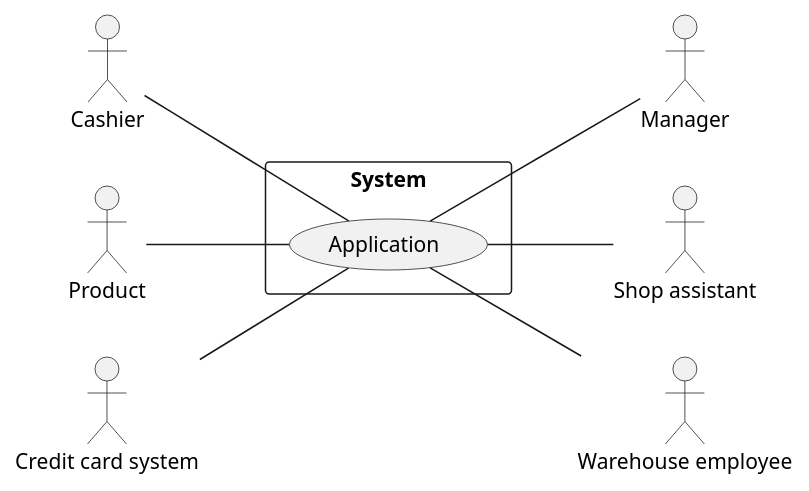
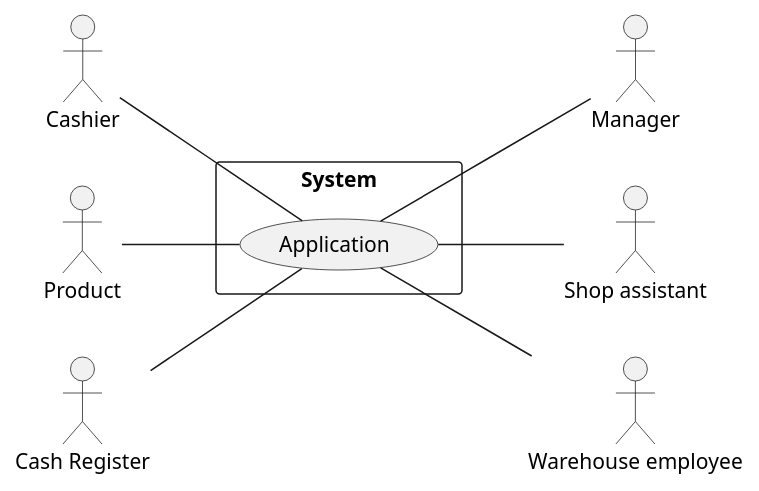
Before and after one commit to marco-ballario/EzShop: the first of 3 diagrams in Deliverables/RequirementsDocument.md, drawn with PlantUML. The commit also changed other lines of this file, not shown here.

Commit message:
fix: varoius fixes

````diff
--- a/Deliverables/RequirementsDocument.md
+++ b/Deliverables/RequirementsDocument.md
@@ -57,18 +56,18 @@
 ```plantuml
 left to right direction
 actor "Cashier" as C
 actor "Product" as P
-actor "Credit card system" as CCS
+actor "Cash Register" as CR
 actor "Manager" as M
 actor "Shop assistant" as SA
 actor "Warehouse employee" as WE
 rectangle System{
 	(Application) as SW
 	C -- SW
 	P -- SW
-	CCS -- SW
+	CR -- SW
 	SW -- WE
 	SW -- M
 	SW -- SA
 }
 ```
````
